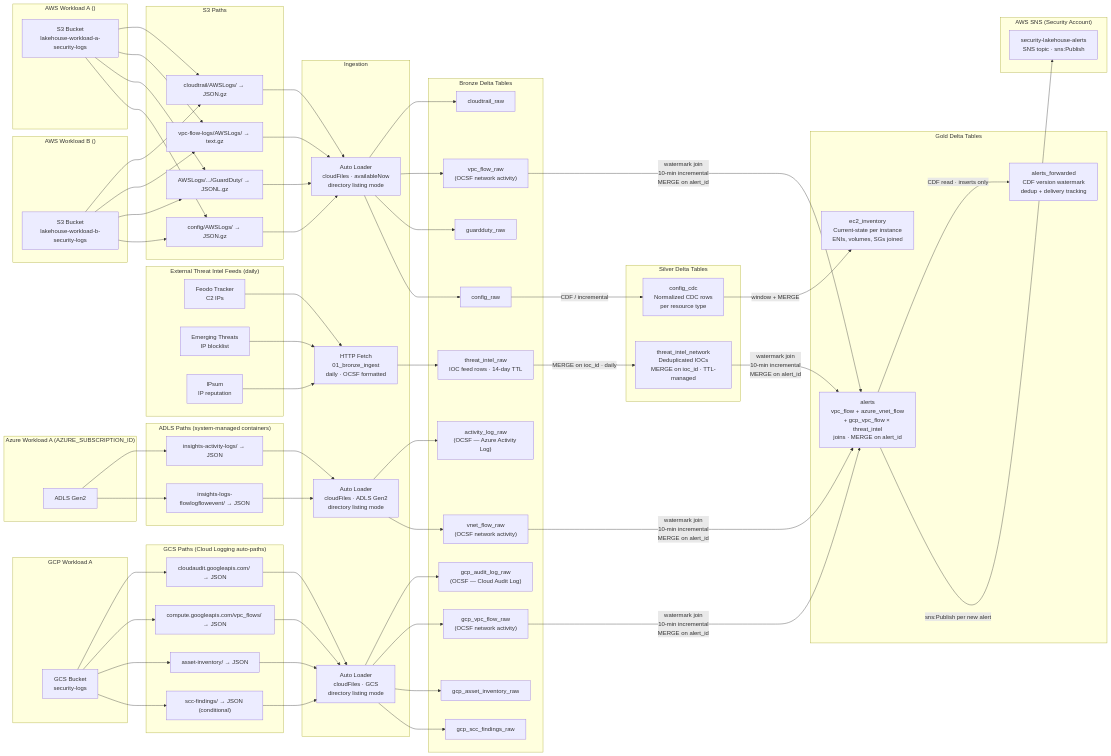
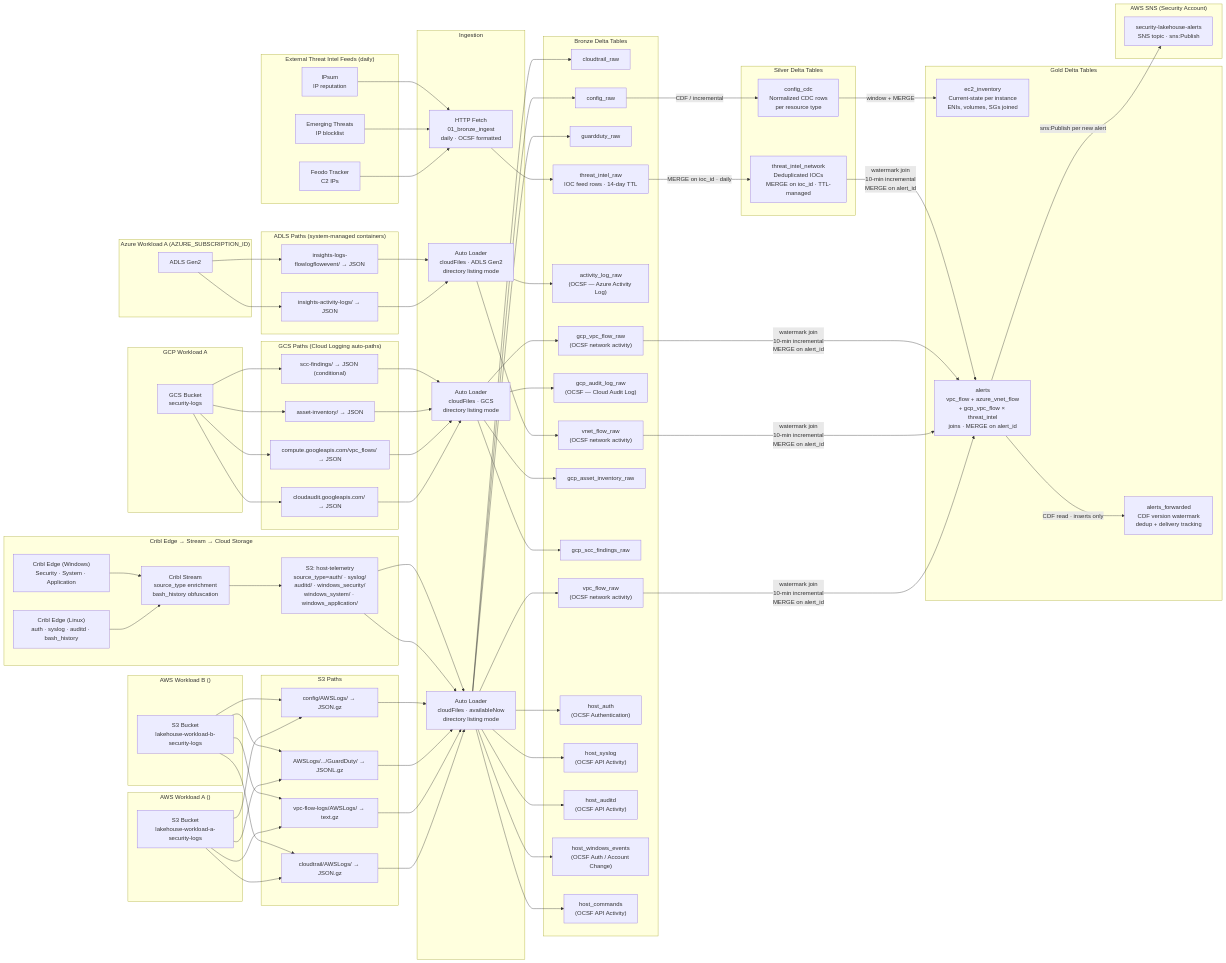
Before and after one commit to snk5125/security-data-platform: the third of 4 diagrams in architecture_diagram.md, drawn with Mermaid. The commit also changed other lines of this file and 21 other files, not shown here.

First line of the commit message:
feat: Cribl Edge host telemetry pipeline — source_type partitioning, file source fixes, notebook OCSF transforms, architecture docs

```diff
--- a/architecture_diagram.md
+++ b/architecture_diagram.md
@@ -401,6 +445,11 @@
         GCPASSETRAW["gcp_asset_inventory_raw"]
         GCPSCCRAW["gcp_scc_findings_raw"]
         TIR["threat_intel_raw<br/>IOC feed rows · 14-day TTL"]
+        HT_AUTH["host_auth<br/>(OCSF Authentication)"]
+        HT_SYSLOG["host_syslog<br/>(OCSF API Activity)"]
+        HT_AUDITD["host_auditd<br/>(OCSF API Activity)"]
+        HT_WIN["host_windows_events<br/>(OCSF Auth / Account Change)"]
+        HT_CMD["host_commands<br/>(OCSF API Activity)"]
     end
 
     subgraph "Silver Delta Tables"
@@ -437,6 +486,13 @@
         PG4["scc-findings/ → JSON (conditional)"]
     end
 
+    subgraph "Cribl Edge → Stream → Cloud Storage"
+        EDGE_LIN["Cribl Edge (Linux)<br/>auth · syslog · auditd · bash_history"]
+        EDGE_WIN["Cribl Edge (Windows)<br/>Security · System · Application"]
+        CSTR["Cribl Stream<br/>source_type enrichment<br/>bash_history obfuscation"]
+        HTS3["S3: host-telemetry<br/>source_type=auth/ · syslog/<br/>auditd/ · windows_security/<br/>windows_system/ · windows_application/"]
+    end
+
     S3A --> P1 & P2 & P3 & P4
     S3B --> P1 & P2 & P3 & P4
     ADLSA --> PA1 & PA2
@@ -452,6 +508,9 @@
     PG3 --> ALGCP --> GCPASSETRAW
     PG4 --> ALGCP --> GCPSCCRAW
     FEODO & ET & IPSUM --> TI_FETCH --> TIR
+    EDGE_LIN & EDGE_WIN --> CSTR --> HTS3
+    HTS3 --> AL --> HT_AUTH & HT_SYSLOG & HT_AUDITD & HT_CMD
+    HTS3 --> AL --> HT_WIN
 
     CF -->|"CDF / incremental"| CDC
     CDC -->|"window + MERGE"| EC2
```
